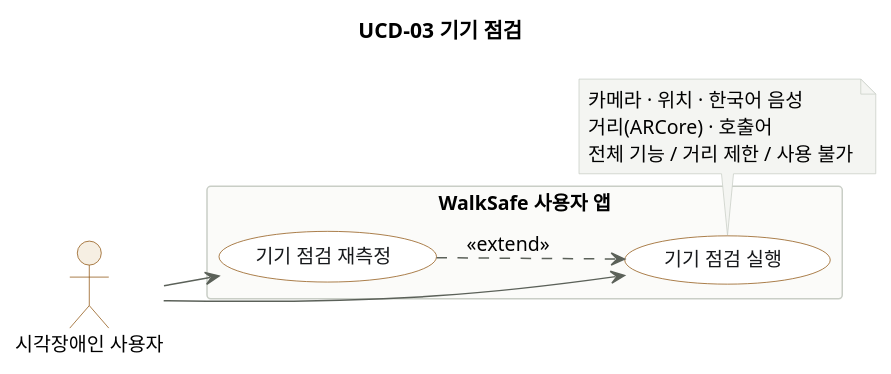
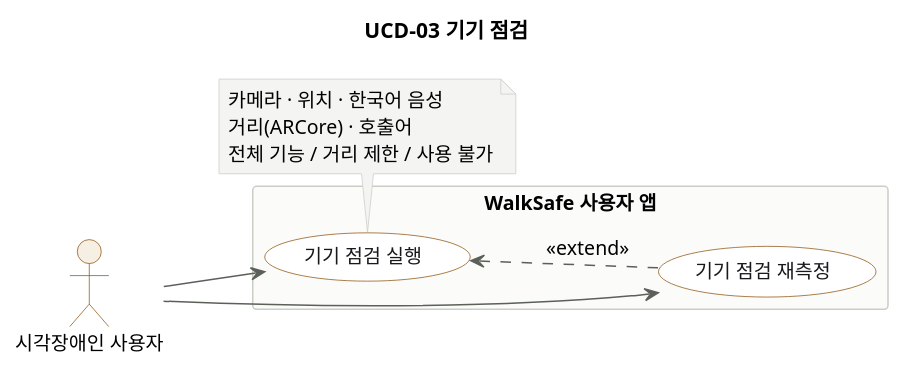
One commit to ddobagih/Hanium_Dreamup changed the fourth of 11 diagrams in docs/planning/walksafe-usecase-diagrams.puml. Above: the diagram before and after it, drawn with PlantUML. The commit also changed other lines of this file and 9 other files, not shown here.

First line of the commit message:
Apply the four scope changes to the use cases and diagrams

```diff
--- a/docs/planning/walksafe-usecase-diagrams.puml
+++ b/docs/planning/walksafe-usecase-diagrams.puml
@@ -196,45 +196,46 @@
 @startuml UCD-03
 !pragma layout smetana
 left to right direction
 skinparam defaultFontName "Apple SD Gothic Neo"
 skinparam defaultFontSize 13
 skinparam shadowing false
 skinparam ArrowColor #5b6159
 skinparam usecase {
   BackgroundColor #ffffff
   BorderColor #8f5510
   FontColor #17191c
 }
 skinparam actor {
   BackgroundColor #f6efe3
   BorderColor #8f5510
 }
 skinparam rectangle {
   BackgroundColor #fbfbf9
   BorderColor #c9cec6
 }
 skinparam note {
   BackgroundColor #f4f5f2
   BorderColor #c9cec6
 }
 
 title UCD-03 기기 점검
 
 actor "시각장애인 사용자" as User
 
 rectangle "WalkSafe 사용자 앱" {
   usecase "기기 점검 실행" as UC10
   usecase "기기 점검 재측정" as UC11
 }
 
 User --> UC10
 User --> UC11
+UC10 -[hidden]right-> UC11
 
-UC11 ..> UC10 : <<extend>>
+UC10 <.. UC11 : <<extend>>
 
 note bottom of UC10
   카메라 · 위치 · 한국어 음성
   거리(ARCore) · 호출어
   전체 기능 / 거리 제한 / 사용 불가
 end note
 @enduml
```
